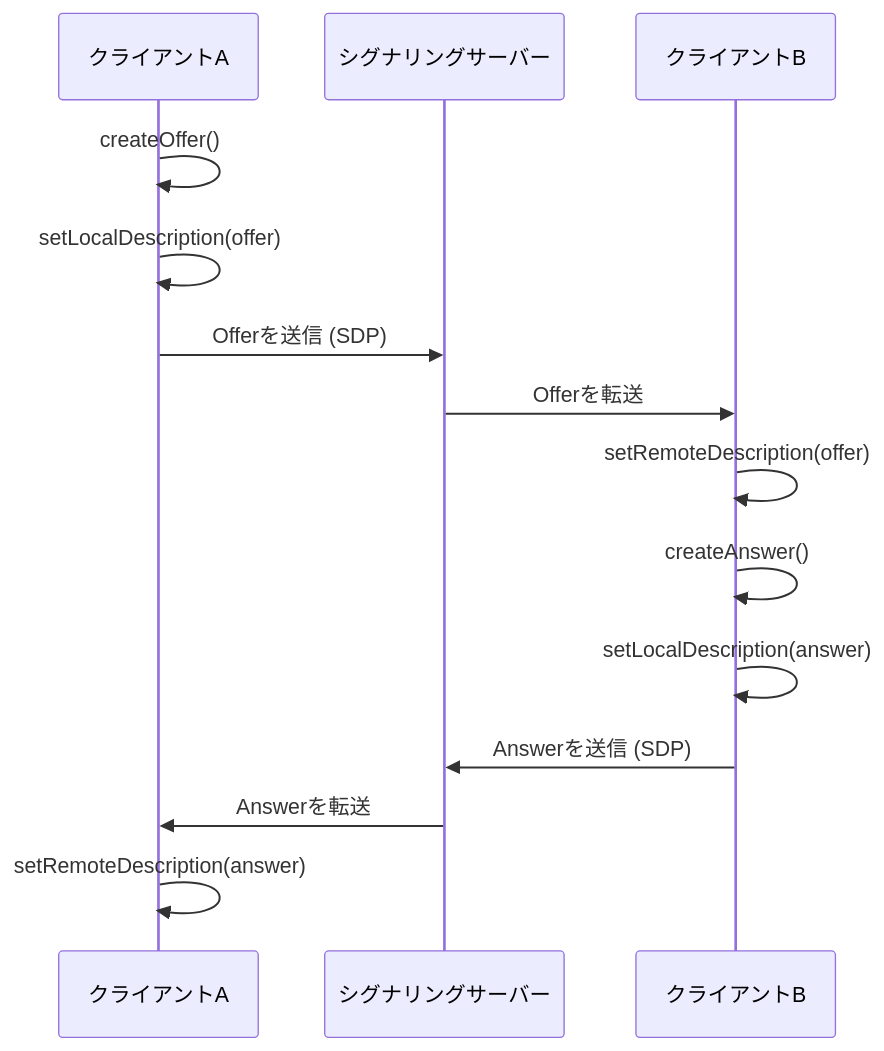
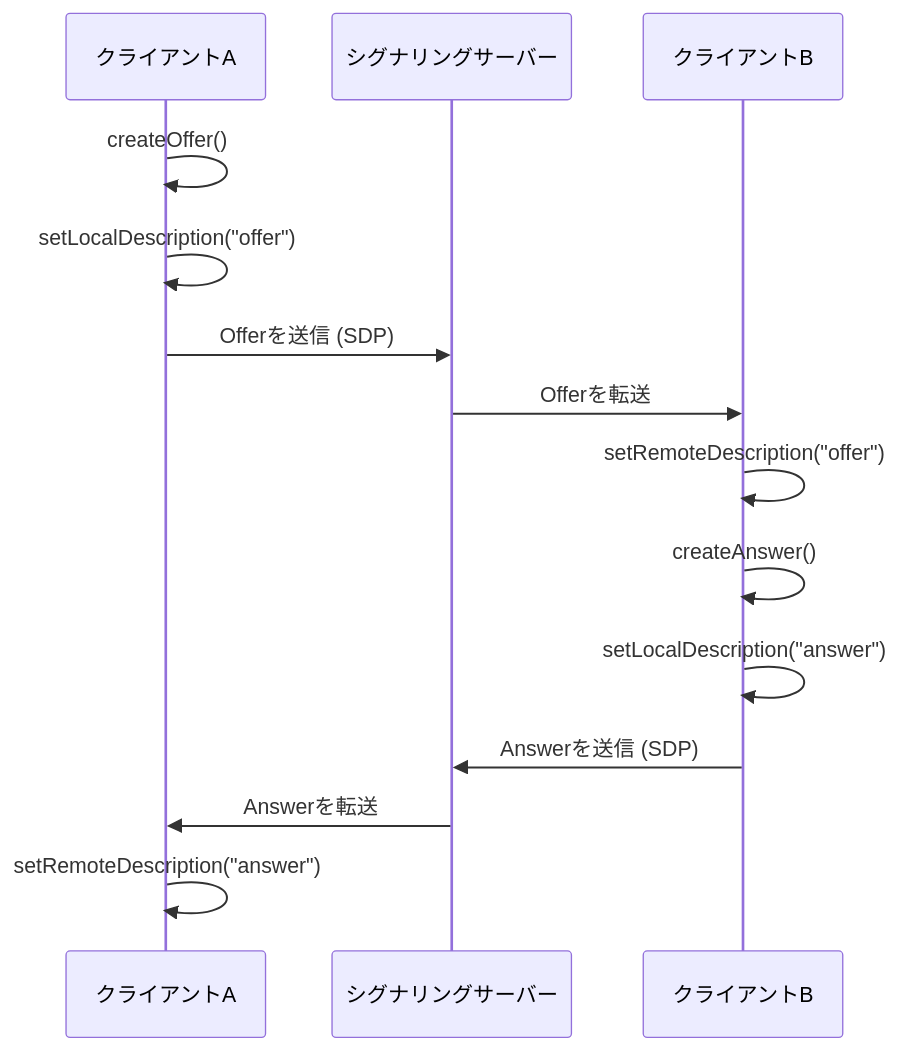
One commit to kenjinote/blog changed the second of 4 diagrams in content/post/webrtc-realtime-communication-p2p/index.md. Above: the diagram before and after it, drawn with Mermaid. The commit also changed other lines of this file and 929 other files, not shown here.

Commit message:
fix: Add double quotes to all Mermaid node texts to resolve syntax errors

````diff
--- a/content/post/webrtc-realtime-communication-p2p/index.md
+++ b/content/post/webrtc-realtime-communication-p2p/index.md
@@ -82,17 +82,17 @@
 ```mermaid
 sequenceDiagram
     participant PeerA as クライアントA
     participant Sig as シグナリングサーバー
     participant PeerB as クライアントB
 
     PeerA->>PeerA: createOffer()
-    PeerA->>PeerA: setLocalDescription(offer)
+    PeerA->>PeerA: setLocalDescription("offer")
     PeerA->>Sig: Offerを送信 (SDP)
     Sig->>PeerB: Offerを転送
-    PeerB->>PeerB: setRemoteDescription(offer)
+    PeerB->>PeerB: setRemoteDescription("offer")
     PeerB->>PeerB: createAnswer()
-    PeerB->>PeerB: setLocalDescription(answer)
+    PeerB->>PeerB: setLocalDescription("answer")
     PeerB->>Sig: Answerを送信 (SDP)
     Sig->>PeerA: Answerを転送
-    PeerA->>PeerA: setRemoteDescription(answer)
+    PeerA->>PeerA: setRemoteDescription("answer")
 ```
````
